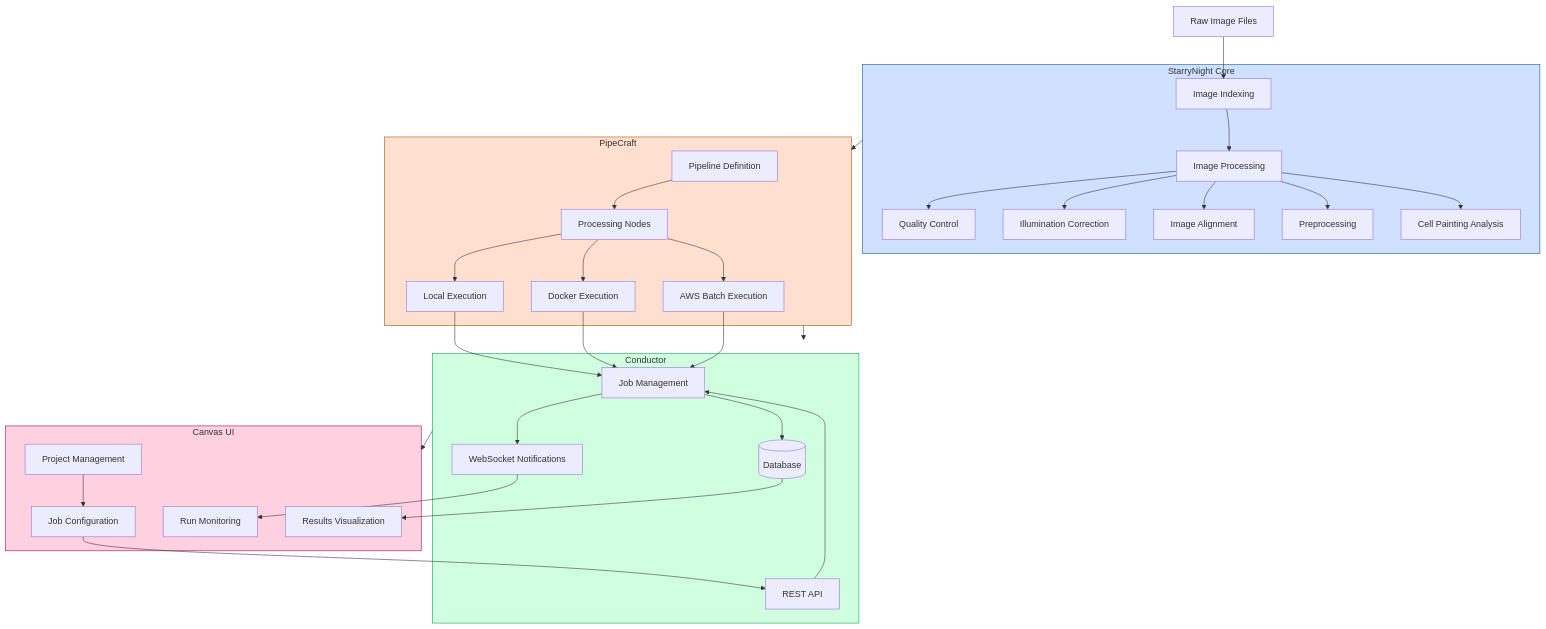
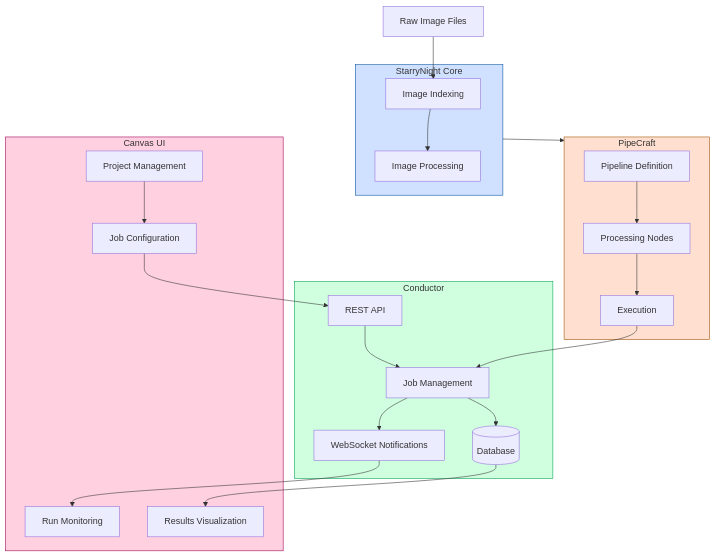
The diagram in docs/developer/developer-guide.md (broadinstitute/starrynight), drawn with Mermaid before and after one commit.

````diff
--- a/docs/developer/developer-guide.md
+++ b/docs/developer/developer-guide.md
@@ -51,77 +51,62 @@
 ```mermaid
 graph TD
     %% Data sources
     RawData[Raw Image Files] --> Index
 
     %% StarryNight Core Components
     subgraph StarryNightCore["StarryNight Core"]
         Index[Image Indexing] --> Processing
         Processing[Image Processing]
-        Processing --> QC[Quality Control]
-        IllumCorr[Illumination Correction]
-        Alignment[Image Alignment]
-        Preprocess[Preprocessing]
-        CellPainting[Cell Painting Analysis]
-        Processing --> IllumCorr
-        Processing --> Alignment
-        Processing --> Preprocess
-        Processing --> CellPainting
     end
 
     %% PipeCraft Components
     subgraph PipeCraftEngine["PipeCraft"]
         Pipeline[Pipeline Definition]
         Nodes[Processing Nodes]
-        LocalBackend[Local Execution]
-        DockerBackend[Docker Execution]
-        AwsBackend[AWS Batch Execution]
+        Backend[Execution]
         Pipeline --> Nodes
-        Nodes --> LocalBackend
-        Nodes --> DockerBackend
-        Nodes --> AwsBackend
+        Nodes --> Backend
     end
 
     %% Conductor Components
     subgraph ConductorService["Conductor"]
         JobMgmt[Job Management]
         Database[(Database)]
         RestAPI[REST API]
         WSNotify[WebSocket Notifications]
         JobMgmt --> Database
         RestAPI --> JobMgmt
         JobMgmt --> WSNotify
     end
 
     %% Canvas UI Components
     subgraph CanvasUI["Canvas UI"]
         Projects[Project Management]
         JobConfig[Job Configuration]
         Monitoring[Run Monitoring]
         Results[Results Visualization]
     end
 
     %% Connections between components
     StarryNightCore --> PipeCraftEngine
-    PipeCraftEngine --> ConductorService
-    ConductorService --> CanvasUI
 
     %% Data flow from UI to execution
     Projects --> JobConfig
     JobConfig --> RestAPI
     WSNotify --> Monitoring
     Database --> Results
 
     %% Execution flow
-    LocalBackend & DockerBackend & AwsBackend --> JobMgmt
+    Backend --> JobMgmt
 
     %% Styling
     classDef core fill:#d0e0ff,stroke:#0050a0;
     classDef pipe fill:#ffe0d0,stroke:#a05000;
     classDef conductor fill:#d0ffe0,stroke:#00a050;
     classDef ui fill:#ffd0e0,stroke:#a00050;
 
     class StarryNightCore core;
     class PipeCraftEngine pipe;
     class ConductorService conductor;
     class CanvasUI ui;
 ```
````
